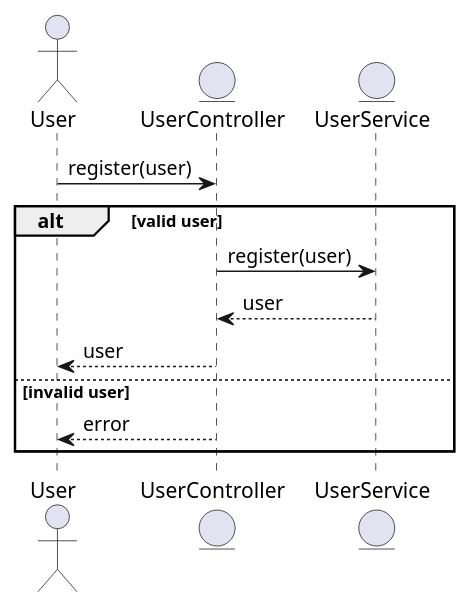
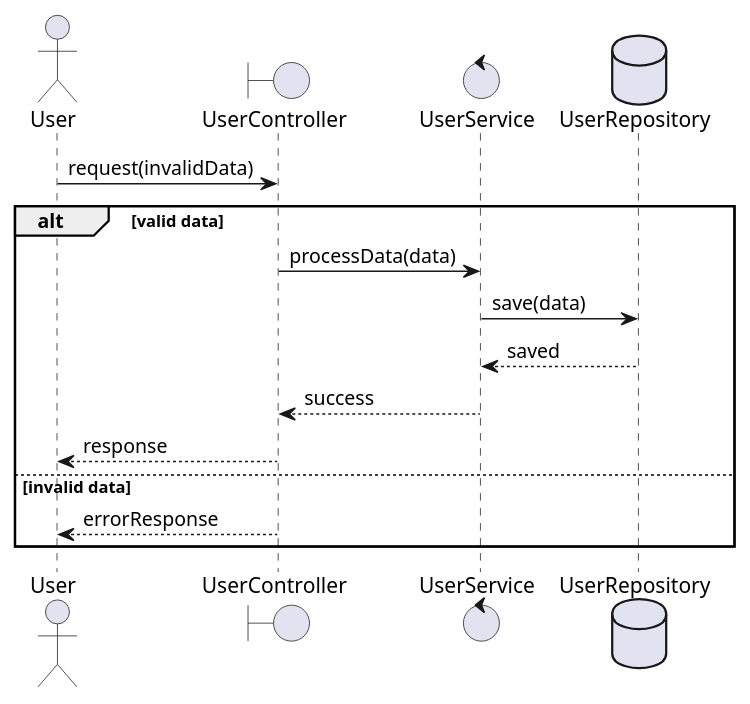
One commit to Dinesh-s95/AutoDoc.ai changed the fifth of 6 diagrams in identityprovider/documentation/detaileddesign.adoc. Above: the diagram before and after it, drawn with PlantUML. The commit also changed other lines of this file and 4 other files, not shown here.

```diff
--- a/identityprovider/documentation/detaileddesign.adoc
+++ b/identityprovider/documentation/detaileddesign.adoc
@@ -370,17 +397,20 @@
 [plantuml, exception-handling-flow, png]
 ----
 @startuml
 actor User
-entity UserController
-entity UserService
+boundary UserController
+control UserService
+database UserRepository
 
-User -> UserController : register(user)
-alt valid user
-  UserController -> UserService : register(user)
-  UserService --> UserController : user
-  UserController --> User : user
-else invalid user
-  UserController --> User : error
+User -> UserController : request(invalidData)
+alt valid data
+    UserController -> UserService : processData(data)
+    UserService -> UserRepository : save(data)
+    UserRepository --> UserService : saved
+    UserService --> UserController : success
+    UserController --> User : response
+else invalid data
+    UserController --> User : errorResponse
 end
 @enduml
 ----
```
